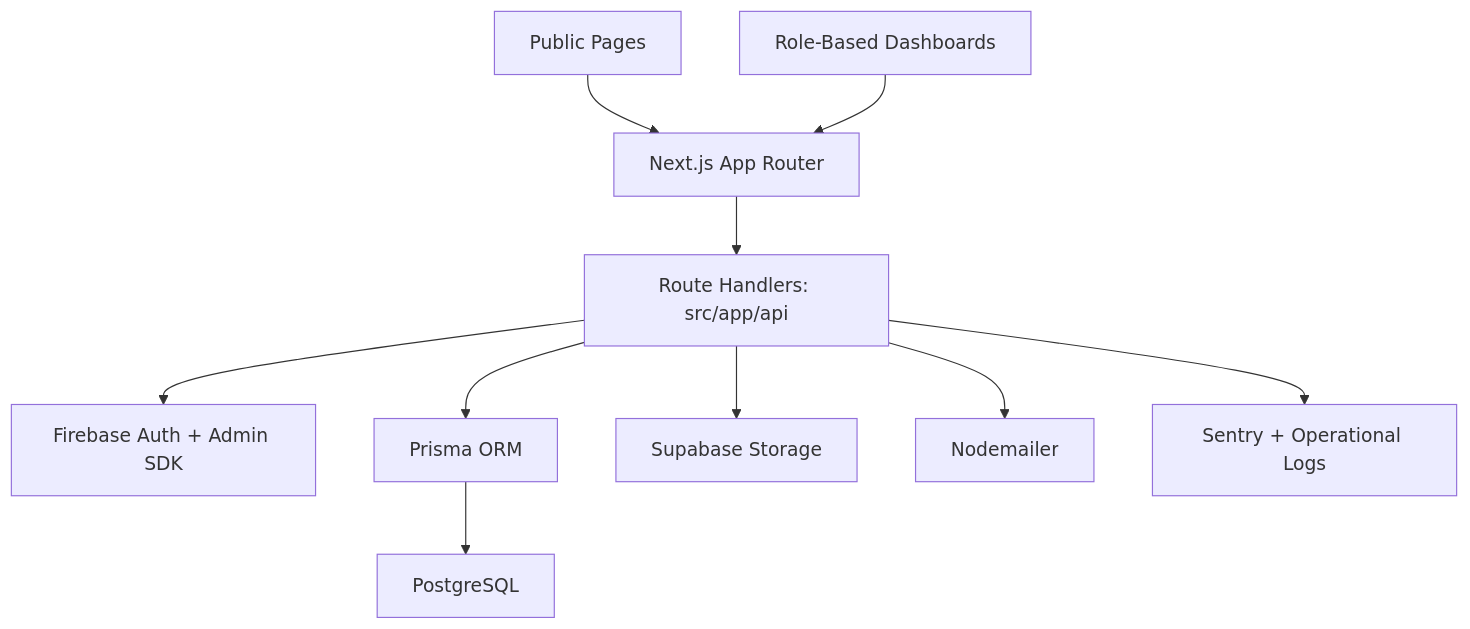
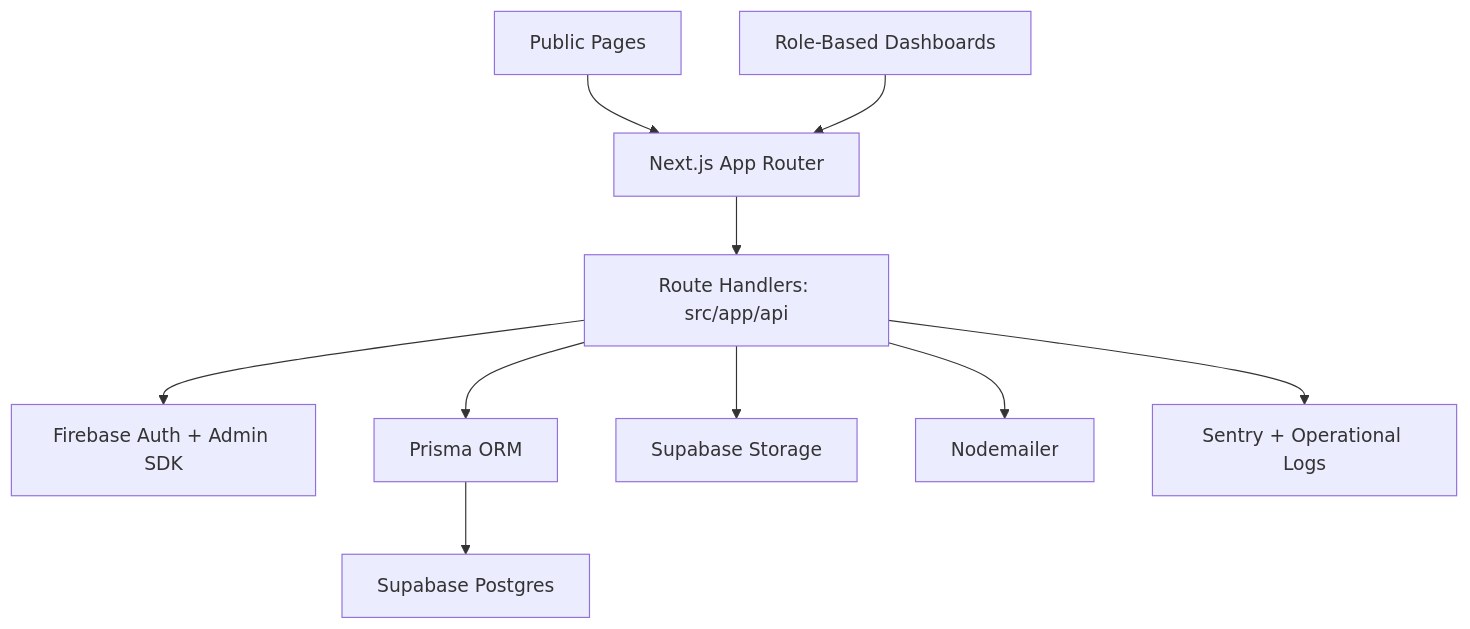
The diagram in README.md (pasan3251/e23-co2060-MPhil-PhD-Lifecycle-Management-System), drawn with Mermaid before and after one commit. The commit also changed other lines of this file and 20 other files, not shown here.

````diff
--- a/README.md
+++ b/README.md
@@ -190,15 +191,15 @@
 ```mermaid
 flowchart TD
     Public[Public Pages] --> App[Next.js App Router]
     Dashboards[Role-Based Dashboards] --> App
 
     App --> API[Route Handlers: src/app/api]
 
     API --> Auth[Firebase Auth + Admin SDK]
     API --> Prisma[Prisma ORM]
     API --> Storage[Supabase Storage]
     API --> Mail[Nodemailer]
     API --> Monitor[Sentry + Operational Logs]
 
-    Prisma --> DB[PostgreSQL]
+    Prisma --> DB[Supabase Postgres]
 ```
````
